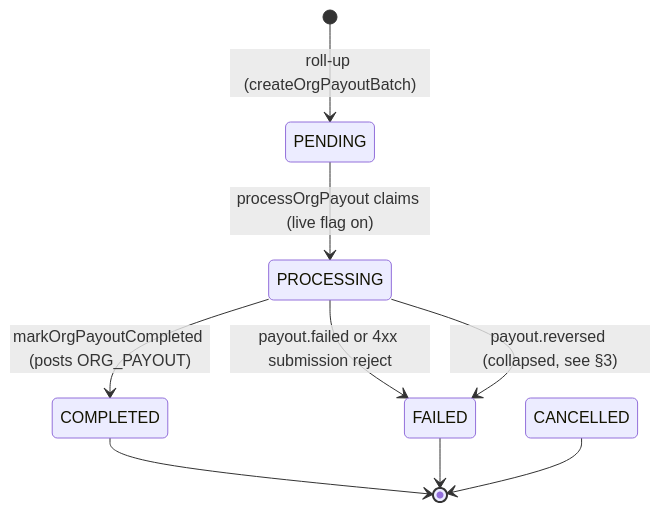
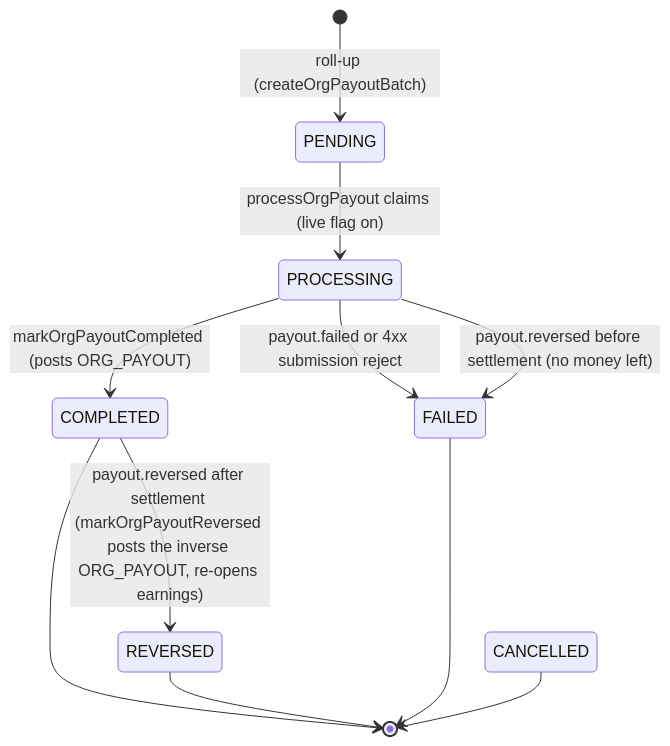
One commit to Practitionist/familiarise_web changed the first of 2 diagrams in docs/enterprise/10-money-and-ledger/07-payout-pipeline.md. Above: the diagram before and after it, drawn with Mermaid. The commit also changed other lines of this file and 19 other files, not shown here.

First line of the commit message:
docs(enterprise): reflect #813 hardening — invoice cadence, TDS reversal, dunning stage 3, payout REVERSED

````diff
--- a/docs/enterprise/10-money-and-ledger/07-payout-pipeline.md
+++ b/docs/enterprise/10-money-and-ledger/07-payout-pipeline.md
@@ -45,11 +45,13 @@
 ```mermaid
 stateDiagram-v2
   [*] --> PENDING: roll-up (createOrgPayoutBatch)
   PENDING --> PROCESSING: processOrgPayout claims (live flag on)
   PROCESSING --> COMPLETED: markOrgPayoutCompleted (posts ORG_PAYOUT)
   PROCESSING --> FAILED: payout.failed or 4xx submission reject
-  PROCESSING --> FAILED: payout.reversed (collapsed, see §3)
+  PROCESSING --> FAILED: payout.reversed before settlement (no money left)
+  COMPLETED --> REVERSED: payout.reversed after settlement (markOrgPayoutReversed posts the inverse ORG_PAYOUT, re-opens earnings)
   COMPLETED --> [*]
+  REVERSED --> [*]
   FAILED --> [*]
   CANCELLED --> [*]
 ```
````
